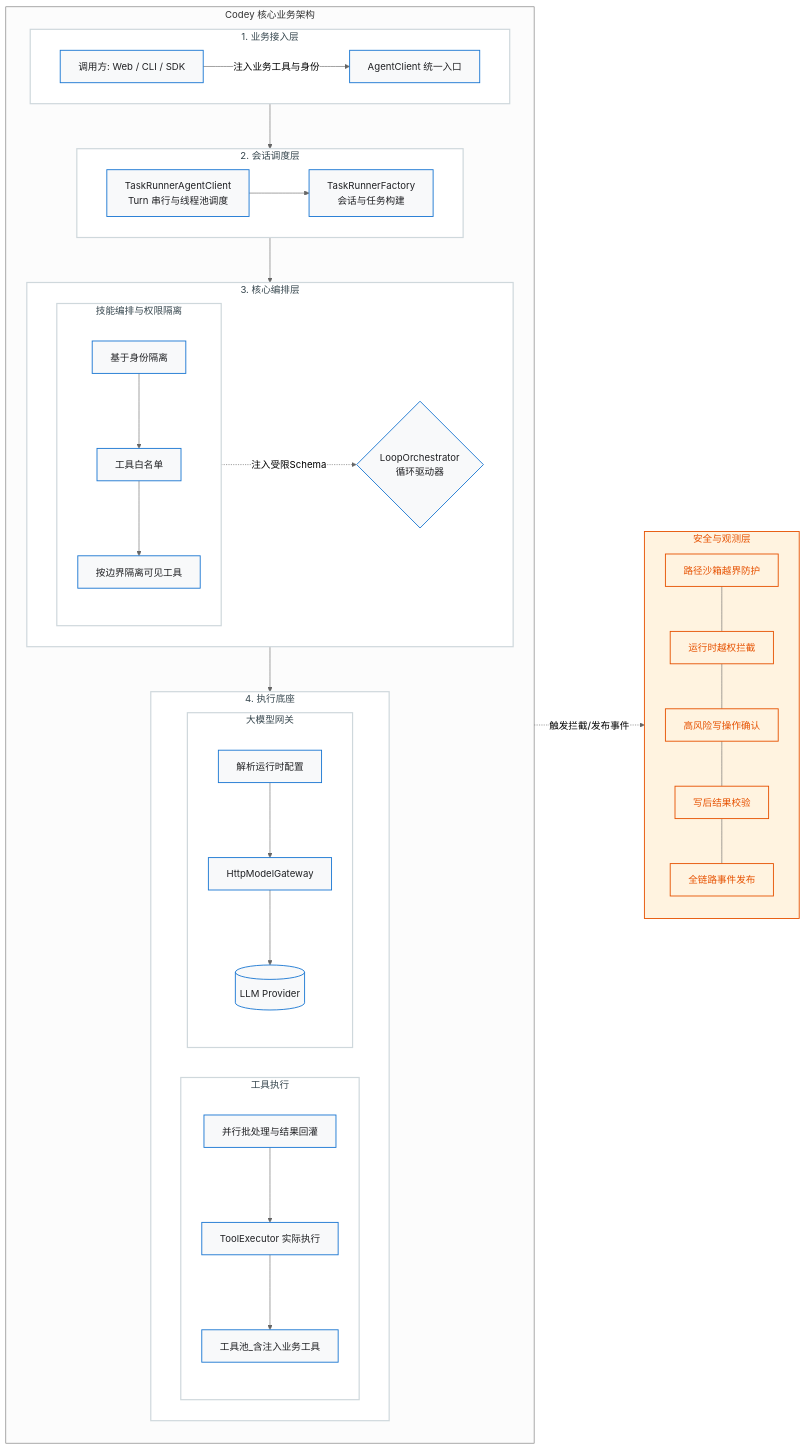
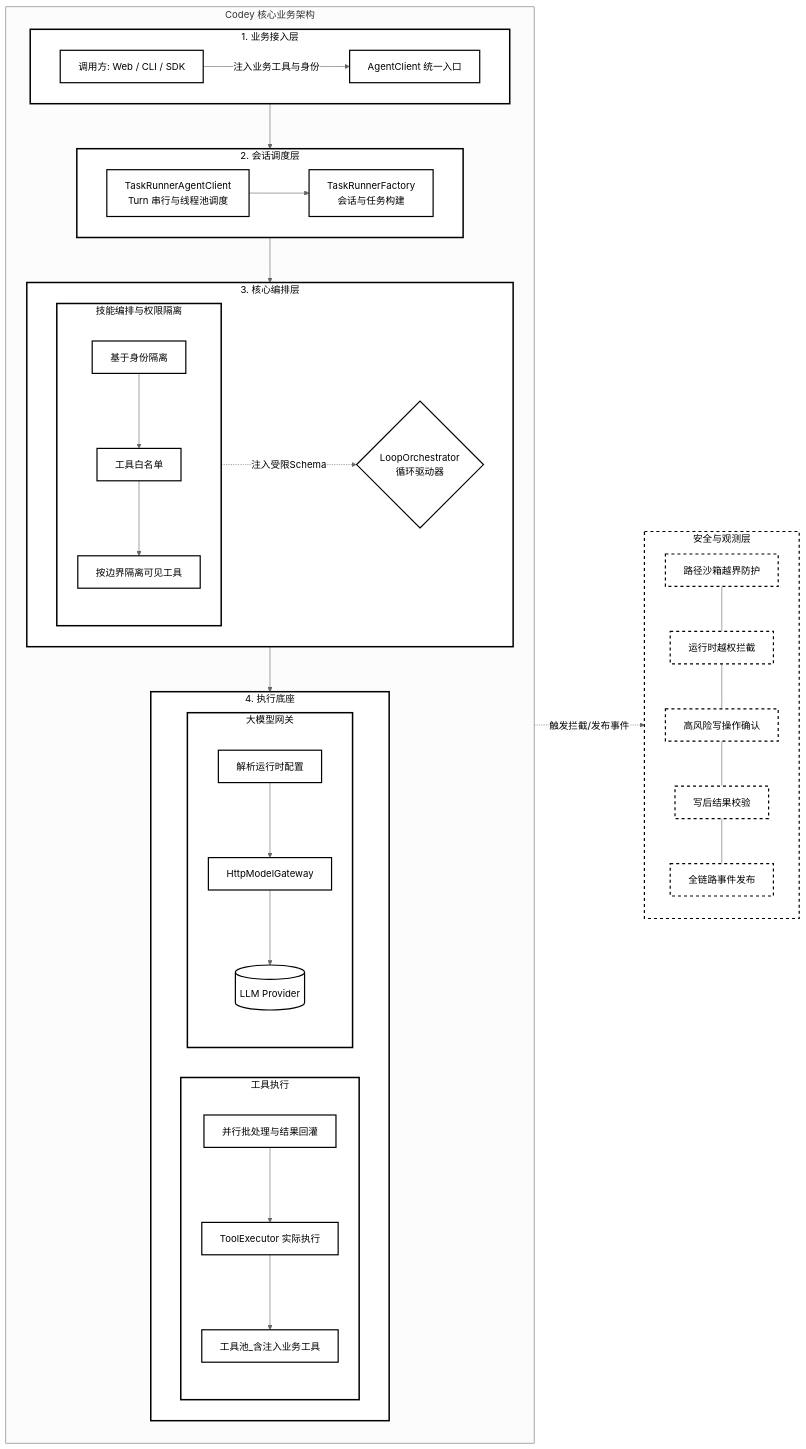
Before and after one commit to cdy-codey/codey: the diagram in README.md, drawn with Mermaid (neutral theme). The commit also changed other lines of this file and 1 other file, not shown here.

Commit message:
feat: 添加chat-workspace业务图和技术架构图

```diff
--- a/README.md
+++ b/README.md
@@ -159,10 +159,10 @@
     %% 侧边栏与主体层的横向关联（体现安全机制对各层的拦截与观测）
     S_Main -.->|触发拦截/发布事件| S_Security
 
-    %% 主题配色（适配白色背景文档站点）
-    classDef default fill:#f8f9fa,stroke:#1976d2,stroke-width:1.5px,color:#202124
-    classDef security fill:#fff3e0,stroke:#e65100,stroke-width:1.5px,color:#e65100
-    classDef layer fill:#ffffff,stroke:#cfd8dc,stroke-width:2px,color:#37474f
+    %% 主题配色（高对比度纯黑白线框风格）
+    classDef default fill:#ffffff,stroke:#000000,stroke-width:2px,color:#000000
+    classDef security fill:#ffffff,stroke:#000000,stroke-width:2px,color:#000000,stroke-dasharray: 5 5
+    classDef layer fill:#ffffff,stroke:#000000,stroke-width:2.5px,color:#000000
     
     class S_Security,WPS,TAC,HCS,VF,SEP security
     class L1,L2,L3,L4,L4_Tool,L4_Model,L3_Skill layer
```
